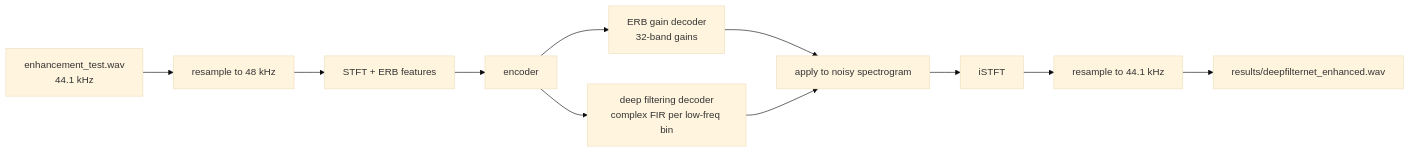
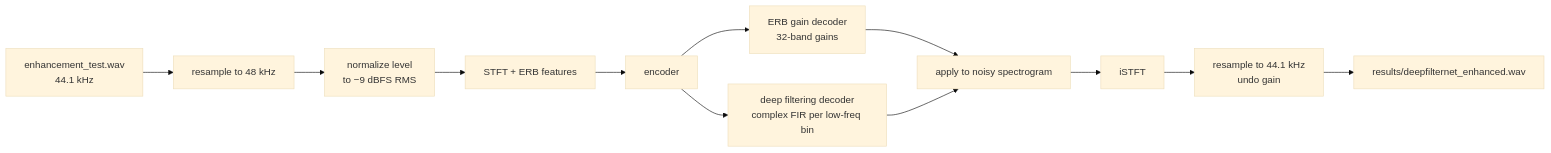
The second of 2 diagrams in README.md (cozec/noise_attenuation), drawn with Mermaid (base theme) before and after one commit. The commit also changed other lines of this file and 5 other files, not shown here.

Commit message:
Fix DeepFilterNet speech loss: normalize input level before inference

````diff
--- a/README.md
+++ b/README.md
@@ -153,12 +153,13 @@
 ```mermaid
 flowchart LR
     WAV[enhancement_test.wav<br/>44.1 kHz] --> RS1[resample to 48 kHz]
-    RS1 --> STFT[STFT + ERB features]
+    RS1 --> NORM[normalize level<br/>to −9 dBFS RMS]
+    NORM --> STFT[STFT + ERB features]
     STFT --> ENC[encoder]
     ENC --> G[ERB gain decoder<br/>32-band gains]
     ENC --> DF[deep filtering decoder<br/>complex FIR per low-freq bin]
     G --> APPLY[apply to noisy spectrogram]
     DF --> APPLY
-    APPLY --> ISTFT[iSTFT] --> RS2[resample to 44.1 kHz]
+    APPLY --> ISTFT[iSTFT] --> RS2[resample to 44.1 kHz<br/>undo gain]
     RS2 --> OUT[results/deepfilternet_enhanced.wav]
 ```
````
